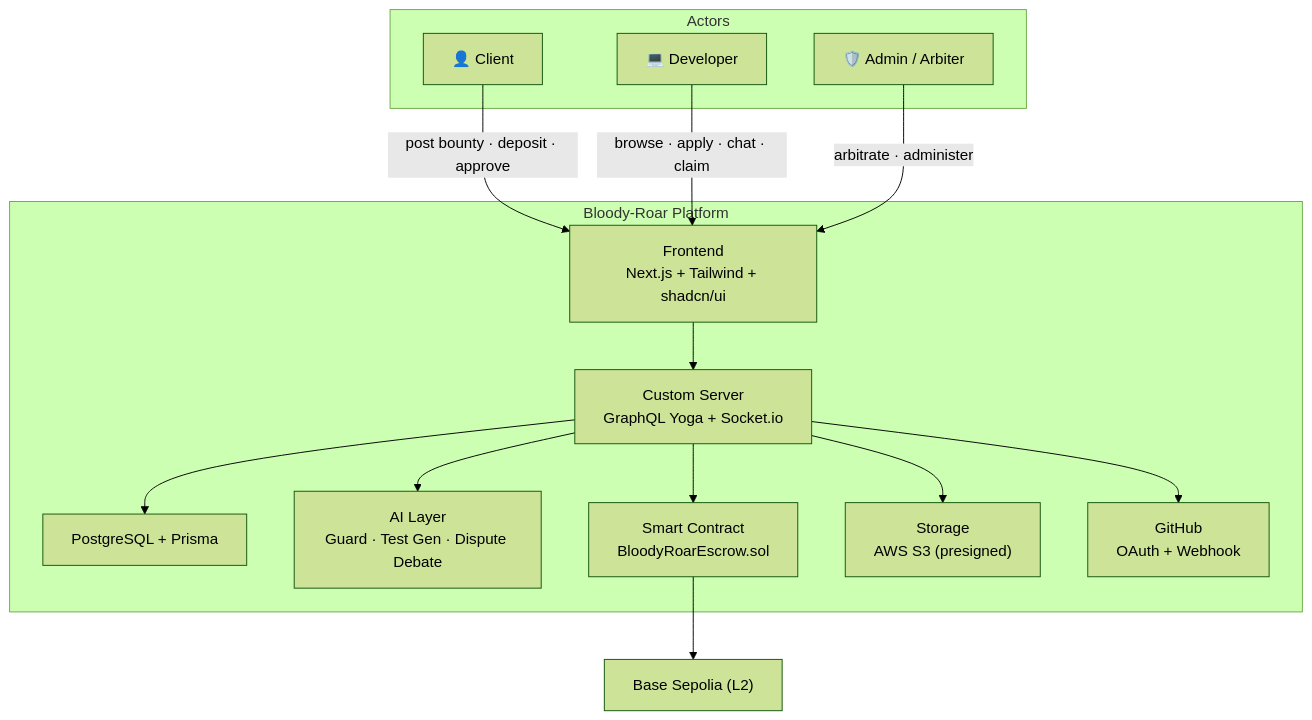
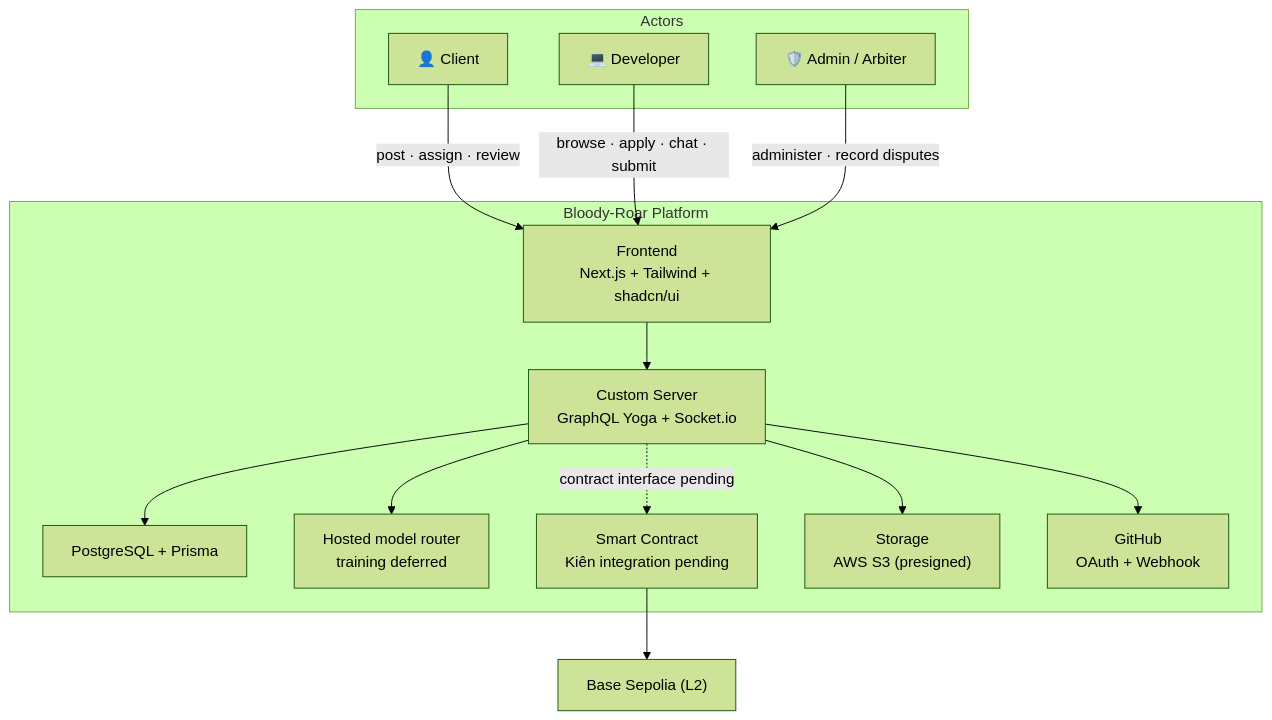
One commit to trongkhoidev/capstone1-bloody-roar changed the second of 3 diagrams in README.md. Above: the diagram before and after it, drawn with Mermaid (forest theme). The commit also changed other lines of this file and 102 other files, not shown here.

````diff
--- a/README.md
+++ b/README.md
@@ -112,31 +111,31 @@
 ```mermaid
 flowchart TD
     subgraph Users["Actors"]
         CL["👤 Client"]
         DV["💻 Developer"]
         AD["🛡️ Admin / Arbiter"]
     end
 
     subgraph Platform["Bloody-Roar Platform"]
         FE["Frontend<br/>Next.js + Tailwind + shadcn/ui"]
         BE["Custom Server<br/>GraphQL Yoga + Socket.io"]
         DB["PostgreSQL + Prisma"]
-        AI["AI Layer<br/>Guard · Test Gen · Dispute Debate"]
-        SC["Smart Contract<br/>BloodyRoarEscrow.sol"]
+        AI["Hosted model router<br/>training deferred"]
+        SC["Smart Contract<br/>Kiên integration pending"]
         ST["Storage<br/>AWS S3 (presigned)"]
         GH["GitHub<br/>OAuth + Webhook"]
     end
 
     BC["Base Sepolia (L2)"]
 
-    CL -->|post bounty · deposit · approve| FE
-    DV -->|browse · apply · chat · claim| FE
-    AD -->|arbitrate · administer| FE
+    CL -->|post · assign · review| FE
+    DV -->|browse · apply · chat · submit| FE
+    AD -->|administer · record disputes| FE
     FE --> BE
     BE --> DB
     BE --> AI
-    BE --> SC
+    BE -. contract interface pending .-> SC
     BE --> ST
     BE --> GH
     SC --> BC
 ```
````
